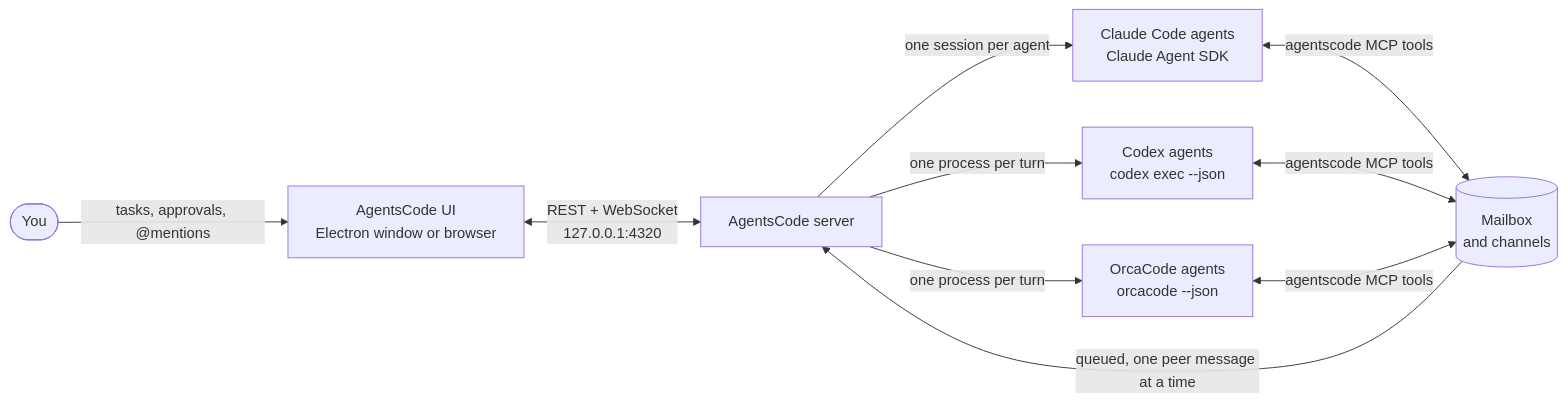
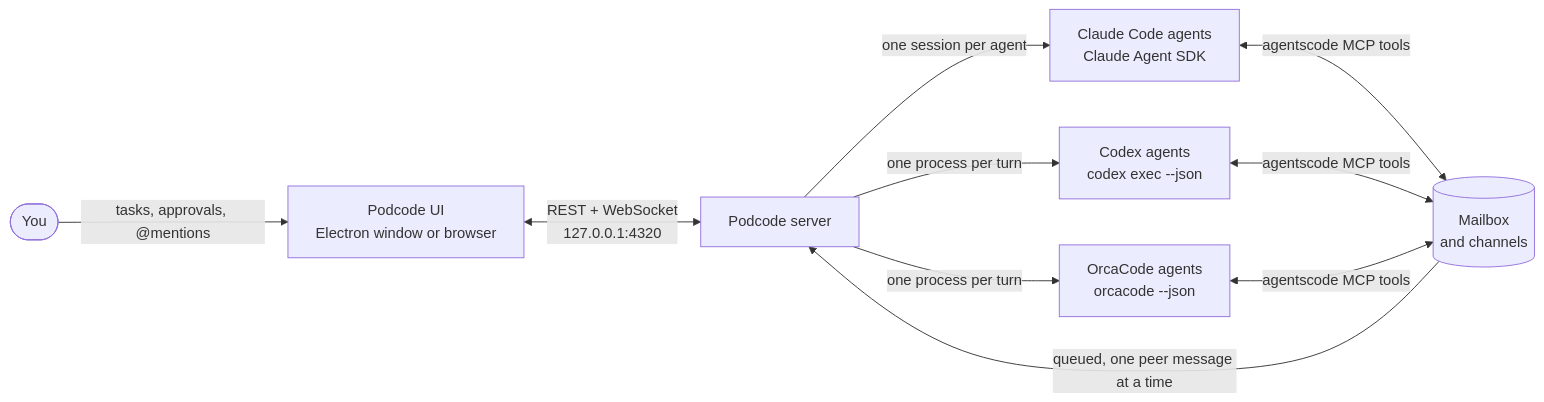
Before and after one commit to akashsokik/agentscode: the diagram in README.md, drawn with Mermaid. The commit also changed other lines of this file and 90 other files, not shown here.

````diff
--- a/README.md
+++ b/README.md
@@ -371,12 +380,12 @@
 ```mermaid
 flowchart LR
-    you(["You"]) -->|"tasks, approvals, @mentions"| ui["AgentsCode UI<br/>Electron window or browser"]
-    ui <-->|"REST + WebSocket<br/>127.0.0.1:4320"| server["AgentsCode server"]
+    you(["You"]) -->|"tasks, approvals, @mentions"| ui["Podcode UI<br/>Electron window or browser"]
+    ui <-->|"REST + WebSocket<br/>127.0.0.1:4320"| server["Podcode server"]
     server -->|"one session per agent"| claude["Claude Code agents<br/>Claude Agent SDK"]
     server -->|"one process per turn"| codex["Codex agents<br/>codex exec --json"]
     claude <-->|"agentscode MCP tools"| mail[("Mailbox<br/>and channels")]
     codex <-->|"agentscode MCP tools"| mail
     server -->|"one process per turn"| orca["OrcaCode agents<br/>orcacode --json"]
     orca <-->|"agentscode MCP tools"| mail
     mail -->|"queued, one peer message at a time"| server
 ```
````
